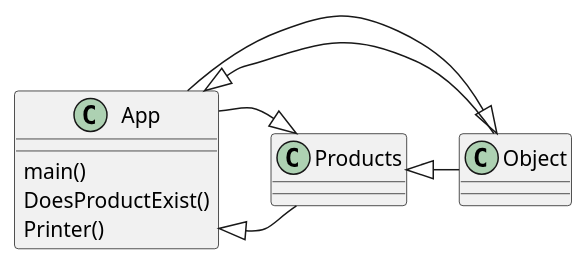
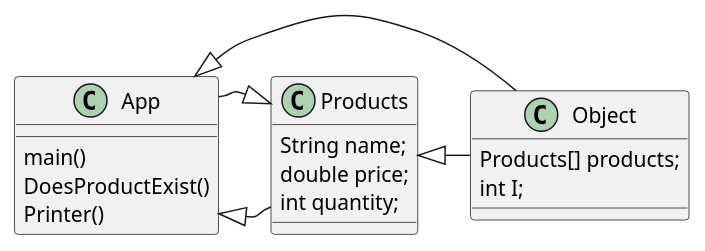
Before and after one commit to Reese2as/Stowell-COP3330-Assignment3: the diagram in src/main/java/org/example/ex44/ex44PlantUML.puml, drawn with PlantUML. The commit also changed 2 other files, not shown here.

```diff
--- a/src/main/java/org/example/ex44/ex44PlantUML.puml
+++ b/src/main/java/org/example/ex44/ex44PlantUML.puml
@@ -1,20 +1,27 @@
 @startuml
 'https://plantuml.com/class-diagram
 
 class App{
 main()
 DoesProductExist()
 Printer()
 }
-class Object{}
-class Products{}
+class Object{
+ Products[] products;
+ int I;
+}
+class Products{
+ String name;
+ double price;
+ int quantity;
+}
+
 
 App <|- Object
-Object <|- App
 
 App <|- Products
 Products <|- App
 
 Products<|- Object
 
 @enduml
```
